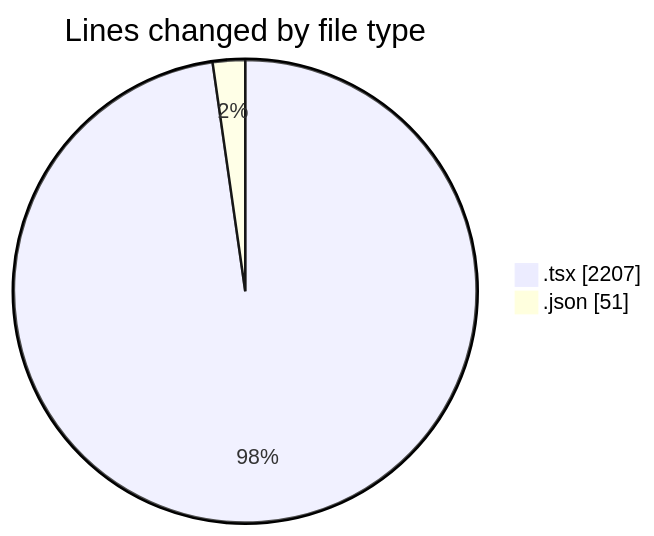
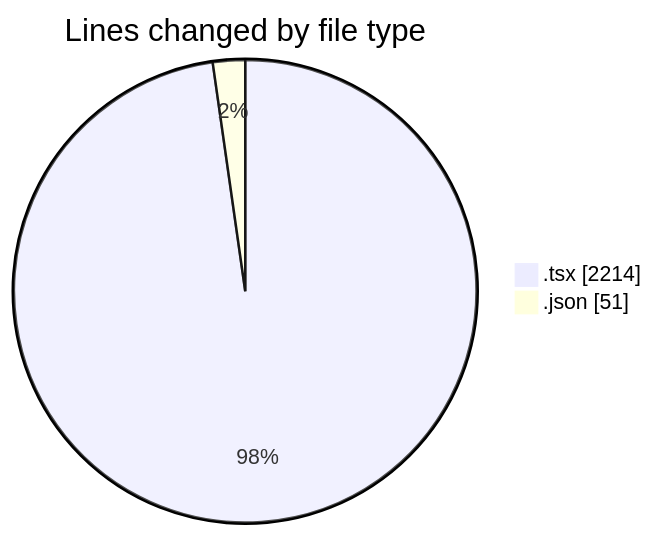
The first of 2 diagrams in 2025-10-02/cda/README.md (momahboobian/code-tracking), drawn with Mermaid before and after one commit. The commit also changed other lines of this file and 1 other file, not shown here.

````diff
--- a/2025-10-02/cda/README.md
+++ b/2025-10-02/cda/README.md
@@ -21,6 +21,6 @@
 ```mermaid
 pie showData
 title Lines changed by file type
-".tsx" : 2207
+".tsx" : 2214
 ".json" : 51
 ```
````
